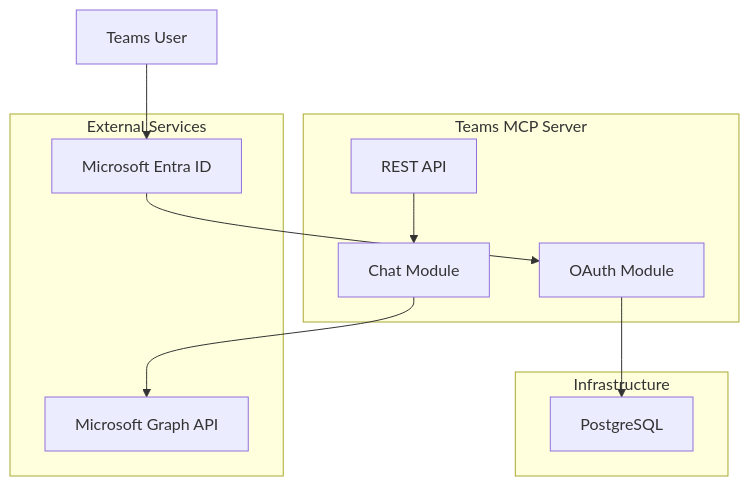
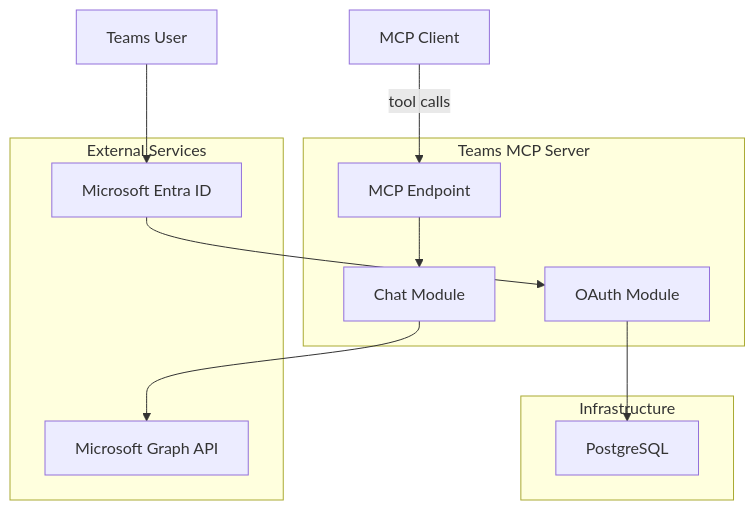
The first of 3 diagrams in services/teams-mcp/docs/README.md (Unique-AG/connectors), drawn with Mermaid before and after one commit.

Commit message:
docs(teams-mcp): show the MCP entry point in the architecture diagram
The "REST API" node was a leftover from when that box received Graph
webhooks, and it had no inbound edge. Rename it to the MCP endpoint and
wire an MCP client into it, matching how a chat-only server is reached.

````diff
--- a/services/teams-mcp/docs/README.md
+++ b/services/teams-mcp/docs/README.md
@@ -126,24 +126,25 @@
 ```mermaid
 flowchart TB
     subgraph External["External Services"]
         MSGraph["Microsoft Graph API"]
         EntraID["Microsoft Entra ID"]
     end
 
     subgraph TeamsMCP["Teams MCP Server"]
-        API["REST API"]
+        MCPEndpoint["MCP Endpoint"]
         OAuth["OAuth Module"]
         Chat["Chat Module"]
     end
 
     subgraph Infrastructure["Infrastructure"]
         PostgreSQL["PostgreSQL"]
     end
 
     User["Teams User"] --> EntraID
     EntraID --> OAuth
     OAuth --> PostgreSQL
 
-    API --> Chat
+    Client["MCP Client"] -->|"tool calls"| MCPEndpoint
+    MCPEndpoint --> Chat
     Chat --> MSGraph
 ```
````
